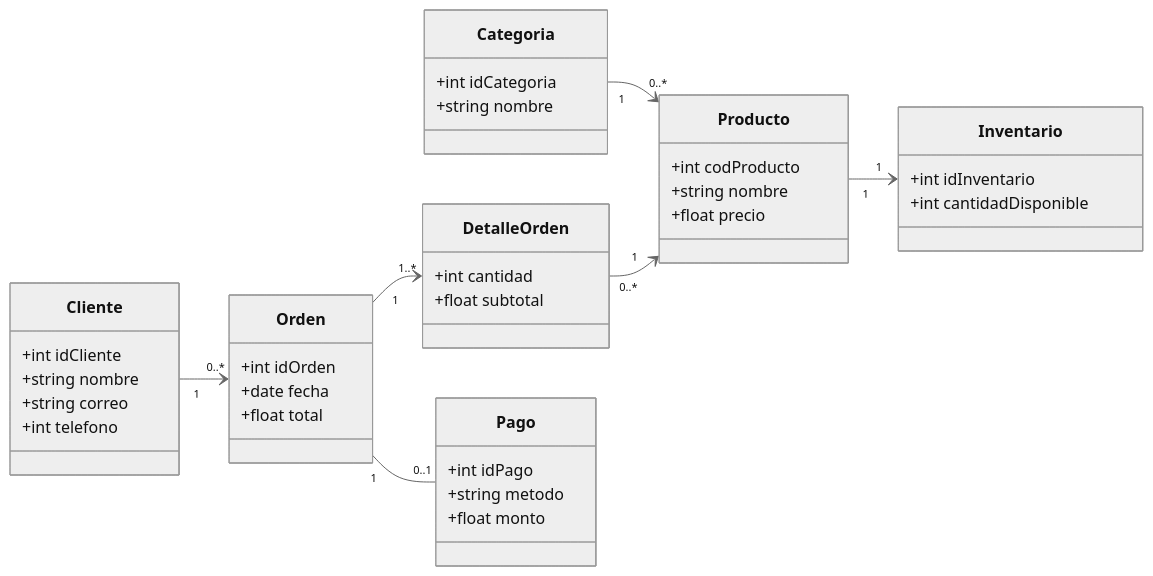
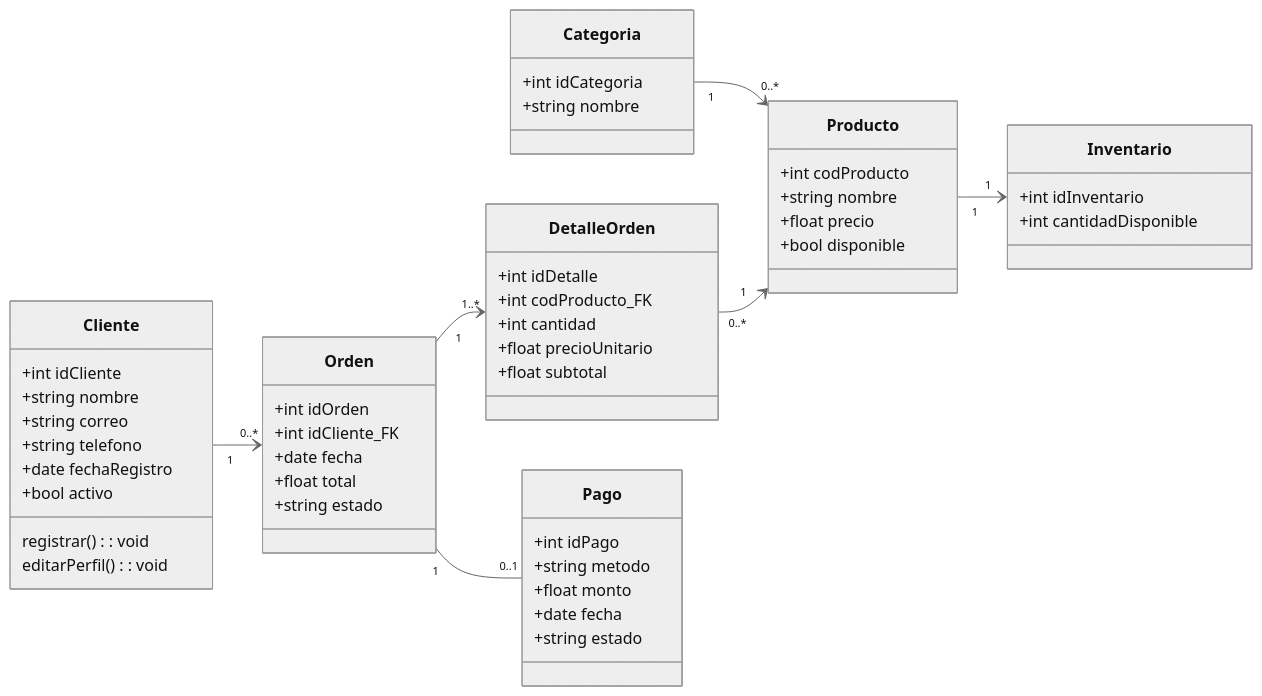
The diagram in Lab01/UML_Mini_Market.mmd (DC0507/Laboratorios), drawn with Mermaid (neutral theme) before and after one commit.

Commit message:
Actualización del diagrama UML para el modelo de mini mercado
Se agregaron algunos atributos a las clases, así como métodos.

```diff
--- a/Lab01/UML_Mini_Market.mmd
+++ b/Lab01/UML_Mini_Market.mmd
@@ -1,50 +1,62 @@
 classDiagram
 direction LR
 
 class Producto {
     +int codProducto
     +string nombre
     +float precio
+    +bool disponible
 }
 
 class Categoria {
     +int idCategoria
     +string nombre
 }
 
 class Inventario {
     +int idInventario
     +int cantidadDisponible
 }
 
 class Cliente {
     +int idCliente
     +string nombre
     +string correo
-    +int telefono
+    +string telefono
+    +date fechaRegistro
+    +bool activo
+    registrar() : void
+    editarPerfil() : void
 }
 
 class Orden {
     +int idOrden
+    +int idCliente_FK
     +date fecha
     +float total
+    +string estado
 }
 
 class DetalleOrden {
+    +int idDetalle
+    +int codProducto_FK
     +int cantidad
+    +float precioUnitario
     +float subtotal
 
 }
 
 class Pago {
     +int idPago
     +string metodo
     +float monto
+    +date fecha
+    +string estado
 }
 
 Categoria "1" --> "0..*" Producto
 Producto "1" --> "1" Inventario
 Cliente "1" --> "0..*" Orden
 Orden "1" --> "1..*" DetalleOrden
 DetalleOrden "0..*" --> "1" Producto
 Orden "1" -- "0..1" Pago
```
